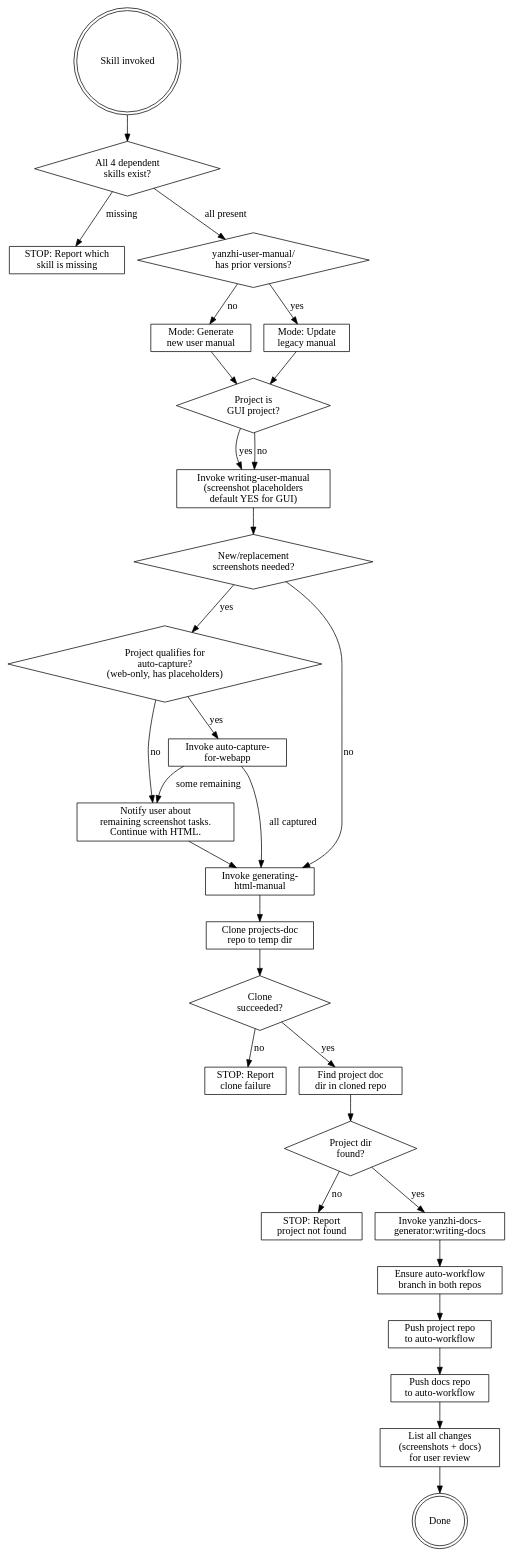
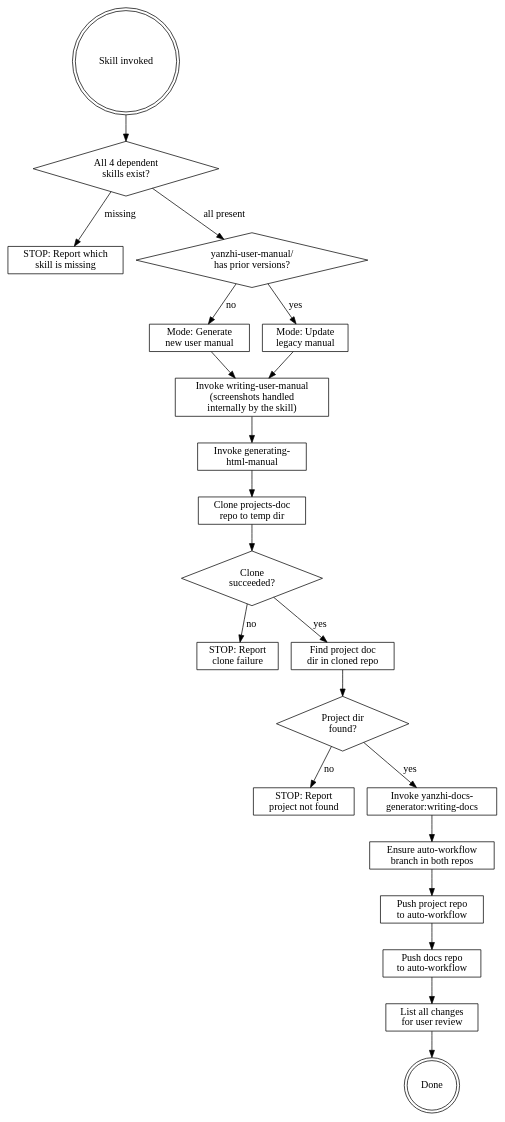
Before and after one commit to zhang-songhan/yanzhi-sdd-workflow: the diagram in skills/manual-and-docs-git-sync/SKILL.md, drawn with Graphviz. The commit also changed other lines of this file and 3 other files, not shown here.

First line of the commit message:
refactor: remove screenshot descriptions from manual-and-docs-git-sync skill

````diff
--- a/skills/manual-and-docs-git-sync/SKILL.md
+++ b/skills/manual-and-docs-git-sync/SKILL.md
@@ -12,61 +12,47 @@
 ```dot
 digraph sync_flow {
     rankdir=TB;
 
     start [label="Skill invoked", shape=doublecircle];
     check_deps [label="All 4 dependent\nskills exist?", shape=diamond];
     stop_deps [label="STOP: Report which\nskill is missing", shape=box];
     check_manual_dir [label="yanzhi-user-manual/\nhas prior versions?", shape=diamond];
     mode_generate [label="Mode: Generate\nnew user manual", shape=box];
     mode_update [label="Mode: Update\nlegacy manual", shape=box];
-    detect_gui [label="Project is\nGUI project?", shape=diamond];
-    invoke_writing [label="Invoke writing-user-manual\n(screenshot placeholders\ndefault YES for GUI)", shape=box];
-    new_screenshots [label="New/replacement\nscreenshots needed?", shape=diamond];
-    check_webapp [label="Project qualifies for\nauto-capture?\n(web-only, has placeholders)", shape=diamond];
-    invoke_autocap [label="Invoke auto-capture-\nfor-webapp", shape=box];
-    notify_screenshots [label="Notify user about\nremaining screenshot tasks.\nContinue with HTML.", shape=box];
+    invoke_writing [label="Invoke writing-user-manual\n(screenshots handled\ninternally by the skill)", shape=box];
     invoke_html [label="Invoke generating-\nhtml-manual", shape=box];
     clone_docs [label="Clone projects-doc\nrepo to temp dir", shape=box];
     clone_ok [label="Clone\nsucceeded?", shape=diamond];
     stop_clone [label="STOP: Report\nclone failure", shape=box];
     find_project [label="Find project doc\ndir in cloned repo", shape=box];
     project_found [label="Project dir\nfound?", shape=diamond];
     stop_noproject [label="STOP: Report\nproject not found", shape=box];
     invoke_docs [label="Invoke yanzhi-docs-\ngenerator:writing-docs", shape=box];
     switch_branch [label="Ensure auto-workflow\nbranch in both repos", shape=box];
     push_project [label="Push project repo\nto auto-workflow", shape=box];
     push_docs [label="Push docs repo\nto auto-workflow", shape=box];
-    review_changes [label="List all changes\n(screenshots + docs)\nfor user review", shape=box];
+    review_changes [label="List all changes\nfor user review", shape=box];
     done [label="Done", shape=doublecircle];
 
     start -> check_deps;
     check_deps -> stop_deps [label="missing"];
     check_deps -> check_manual_dir [label="all present"];
     check_manual_dir -> mode_generate [label="no"];
     check_manual_dir -> mode_update [label="yes"];
-    mode_generate -> detect_gui;
-    mode_update -> detect_gui;
-    detect_gui -> invoke_writing [label="yes"];
-    detect_gui -> invoke_writing [label="no"];
-    invoke_writing -> new_screenshots;
-    new_screenshots -> check_webapp [label="yes"];
-    new_screenshots -> invoke_html [label="no"];
-    check_webapp -> invoke_autocap [label="yes"];
-    check_webapp -> notify_screenshots [label="no"];
-    invoke_autocap -> notify_screenshots [label="some remaining"];
-    invoke_autocap -> invoke_html [label="all captured"];
-    notify_screenshots -> invoke_html;
+    mode_generate -> invoke_writing;
+    mode_update -> invoke_writing;
+    invoke_writing -> invoke_html;
     invoke_html -> clone_docs;
     clone_docs -> clone_ok;
     clone_ok -> stop_clone [label="no"];
     clone_ok -> find_project [label="yes"];
     find_project -> project_found;
     project_found -> stop_noproject [label="no"];
     project_found -> invoke_docs [label="yes"];
     invoke_docs -> switch_branch;
     switch_branch -> push_project;
     push_project -> push_docs;
     push_docs -> review_changes;
     review_changes -> done;
 }
 ```
````
